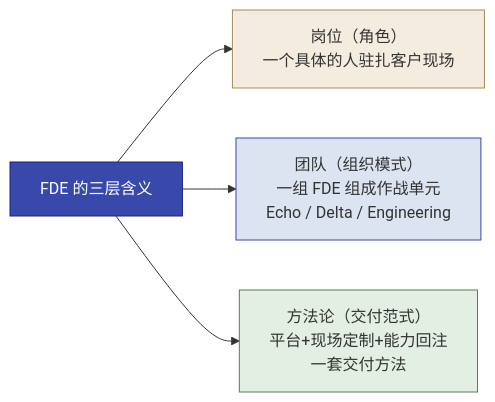
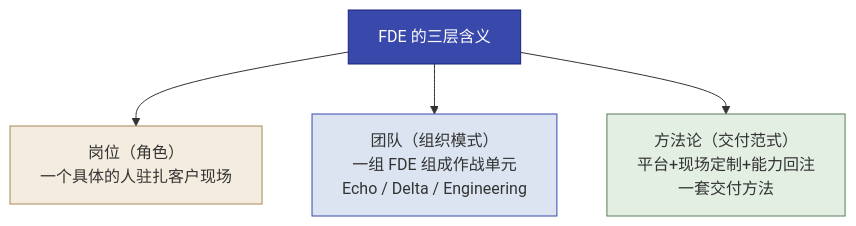
One commit to cloudzun/fde-102 changed the third of 5 diagrams in textbook/第01章_FDE是什么.md. Above: the diagram before and after it, drawn with Mermaid. The commit also changed other lines of this file and 420 other files, not shown here.

````diff
--- a/textbook/第01章_FDE是什么.md
+++ b/textbook/第01章_FDE是什么.md
@@ -101,10 +101,10 @@
 ```mermaid
-flowchart LR
+flowchart TD
     SUB["FDE 的三层含义"] --> L1["岗位（角色）<br/>一个具体的人驻扎客户现场"]
     SUB --> L2["团队（组织模式）<br/>一组 FDE 组成作战单元<br/>Echo / Delta / Engineering"]
     SUB --> L3["方法论（交付范式）<br/>平台+现场定制+能力回注<br/>一套交付方法"]
     style SUB fill:#3949ab,color:#fff,stroke:#1a237e
     style L1 fill:#f5ece0,stroke:#a8895f
     style L2 fill:#dbe4f0,stroke:#3949ab
     style L3 fill:#e4efe4,stroke:#5b7a5b
 ```
````
